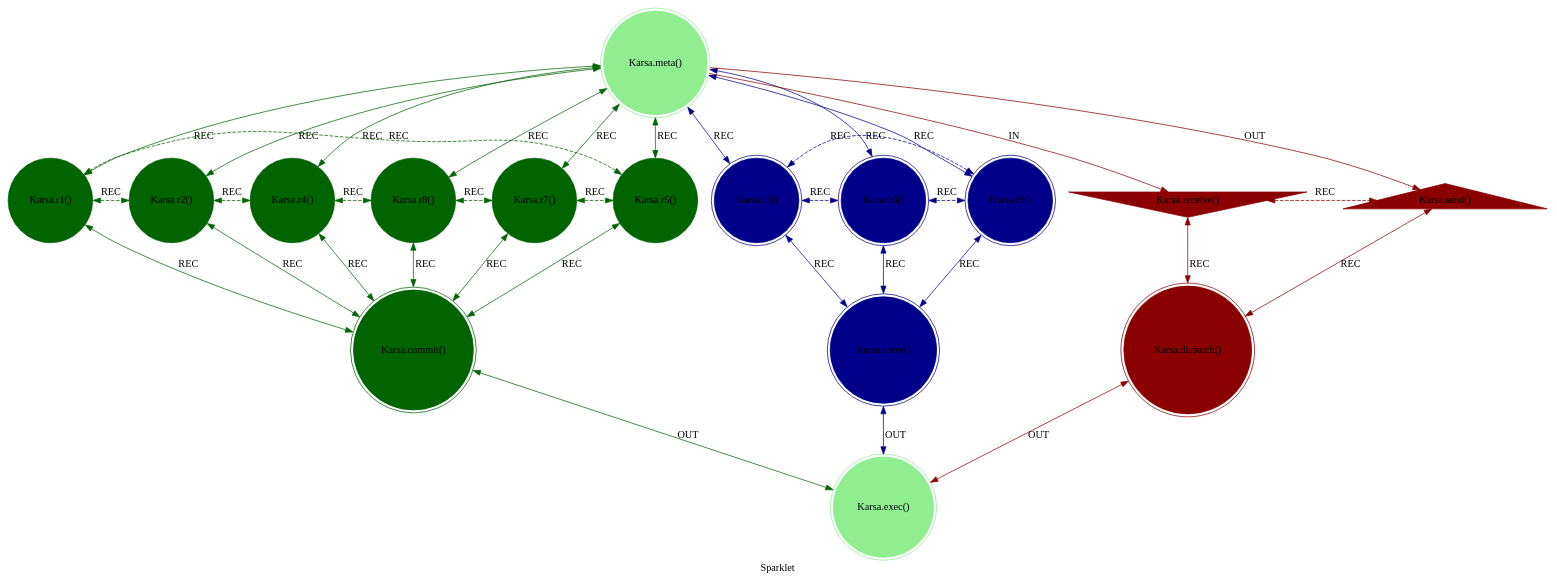
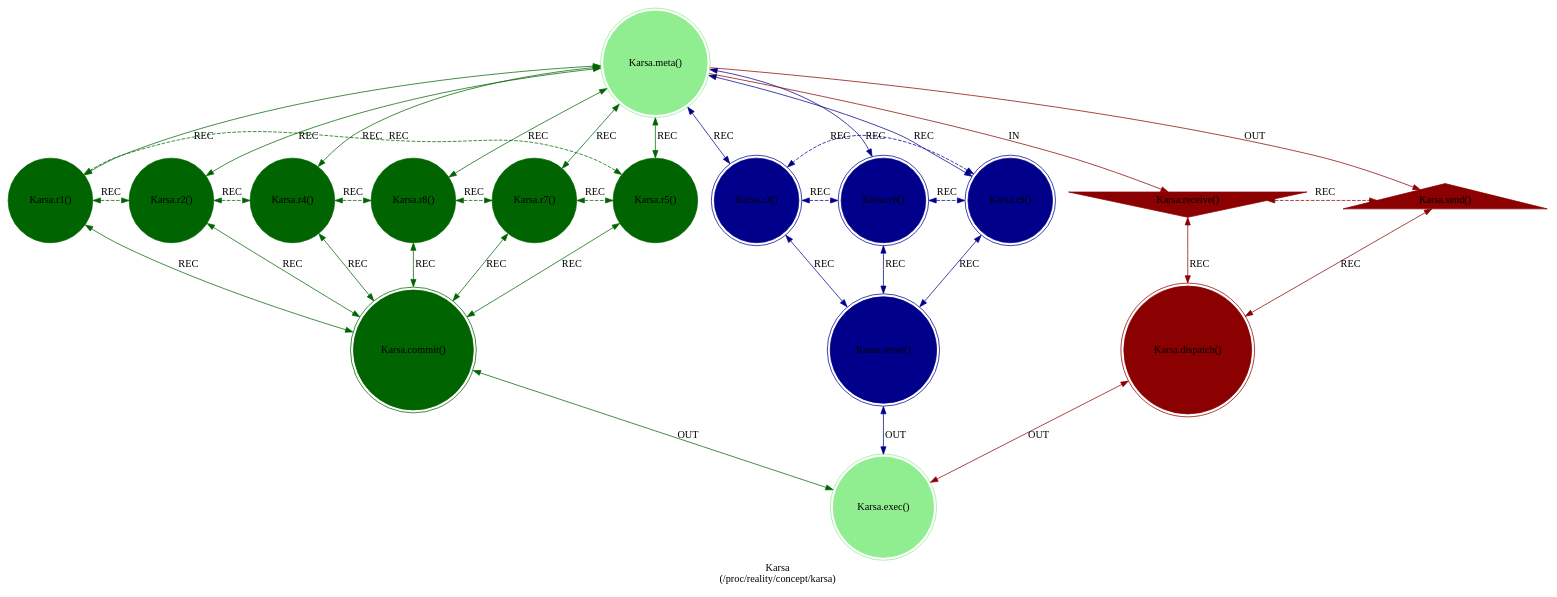
Before and after one commit to cilang/mythos: the diagram in src/includes/karsa.dot, drawn with Graphviz. The commit also changed 8 other files, not shown here.

```diff
--- a/src/includes/karsa.dot
+++ b/src/includes/karsa.dot
@@ -1,48 +1,48 @@
-strict digraph Sparklet {
-    label = "Sparklet";
+strict digraph Karsa {
+    label = "Karsa\n(/proc/reality/concept/karsa)";
     style = filled;
     color = lightgray;
     node [shape = circle; style = filled; color = lightgreen;];
     
     // The Axis A-0-B (In-Meta-Out).
     // The Sacred 3-6-9 (Boundary of Perception).
     // The Vortex 1-2-4-8-7-5 (Boundary of Comprehension).
     // The Router C-D-E
     // The Closure F
     spark_0_t [label = "Karsa.meta()";comment = "";shape = doublecircle;];
     spark_1_t [label = "Karsa.r1()";comment = "";shape = circle;color = darkgreen;];
     spark_2_t [label = "Karsa.r2()";comment = "";shape = circle;color = darkgreen;];
     spark_4_t [label = "Karsa.r4()";comment = "";shape = circle;color = darkgreen;];
     spark_8_t [label = "Karsa.r8()";comment = "";shape = circle;color = darkgreen;];
     spark_7_t [label = "Karsa.r7()";comment = "";shape = circle;color = darkgreen;];
     spark_5_t [label = "Karsa.r5()";comment = "";shape = circle;color = darkgreen;];
     spark_3_t [label = "Karsa.r3()";comment = "Rhythm and Pattern";shape = doublecircle;color = darkblue;];
     spark_6_t [label = "Karsa.r6()";comment = "Inertia and Momentum";shape = doublecircle;color = darkblue;];
     spark_9_t [label = "Karsa.r9()";comment = "Time and Space";shape = doublecircle;color = darkblue;];
     spark_a_t [label = "Karsa.receive()";comment = "Fixation";shape = invtriangle;color = darkred;];
     spark_b_t [label = "Karsa.send()";comment = "Excitation";shape = triangle;color = darkred;];
     spark_c_t [label = "Karsa.dispatch()";comment = "";shape = doublecircle;color = darkred;];
     spark_d_t [label = "Karsa.commit()";comment = "";shape = doublecircle;color = darkgreen;];
     spark_e_t [label = "Karsa.serve()";comment = "";shape = doublecircle;color = darkblue;];
     spark_f_t [label = "Karsa.exec()";comment = "";shape = doublecircle;];
     
     // IN = Input
     // OUT = Output
     // REC = Recursion
     spark_0_t -> spark_a_t [label = "IN"; color = darkred; comment = "";];
     spark_0_t -> spark_b_t [label = "OUT"; color = darkred; comment = "";];
     spark_0_t -> {spark_3_t spark_6_t spark_9_t} [label = "REC"; color = darkblue; comment = ""; dir = both;];
     spark_0_t -> {spark_1_t spark_2_t spark_4_t spark_8_t spark_7_t spark_5_t} [label = "REC"; color = darkgreen; comment = ""; dir = both;];
     
     {spark_a_t spark_b_t} -> spark_c_t [label = "REC"; color = darkred; comment = ""; dir = both;];
     {spark_1_t spark_2_t spark_4_t spark_8_t spark_7_t spark_5_t} -> spark_d_t [label = "REC"; color = darkgreen; comment = ""; dir = both;];
     {spark_3_t spark_6_t spark_9_t} -> spark_e_t [label = "REC"; color = darkblue; comment = ""; dir = both;];
     
     spark_1_t -> spark_2_t -> spark_4_t -> spark_8_t -> spark_7_t -> spark_5_t -> spark_1_t [label = "REC"; color = darkgreen; comment = ""; style = dashed; constraint = false; dir = both;];
     spark_3_t -> spark_6_t -> spark_9_t -> spark_3_t [label = "REC"; color = darkblue; comment = ""; style = dashed; constraint = false; dir = both;];
     spark_a_t -> spark_b_t [label = "REC"; color = darkred; comment = ""; constraint = false; style = dashed; dir = both;];
     
     spark_c_t -> spark_f_t [label = "OUT"; color = darkred; comment = ""; dir = both;];
     spark_d_t -> spark_f_t [label = "OUT"; color = darkgreen; comment = ""; dir = both;];
     spark_e_t -> spark_f_t [label = "OUT"; color = darkblue; comment = ""; dir = both;];
 }
```
